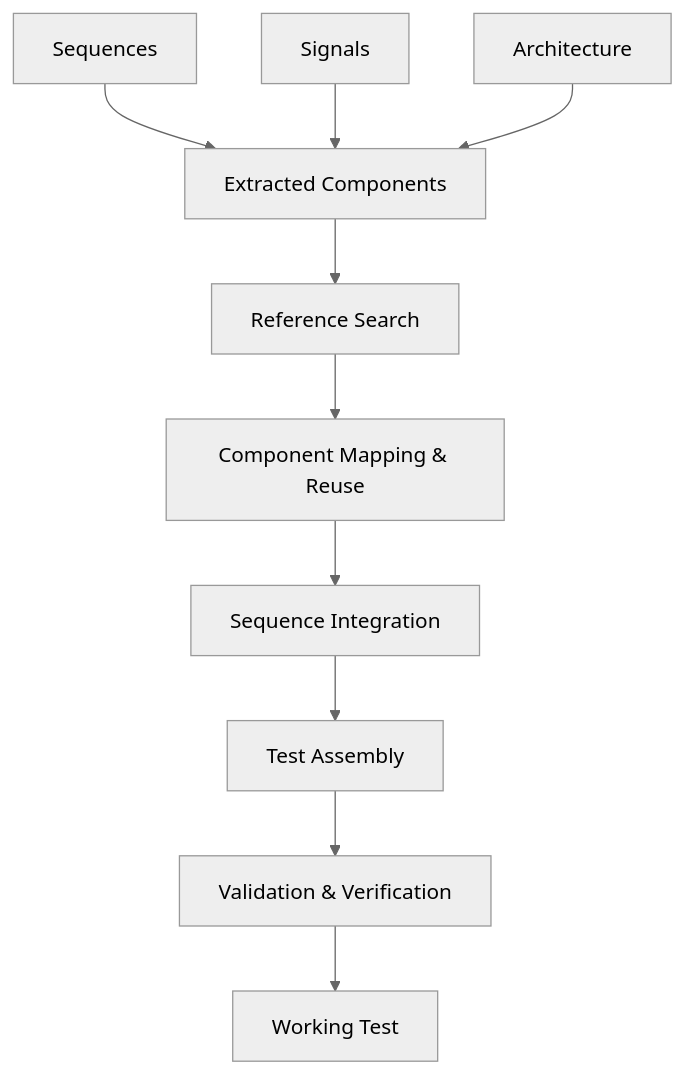
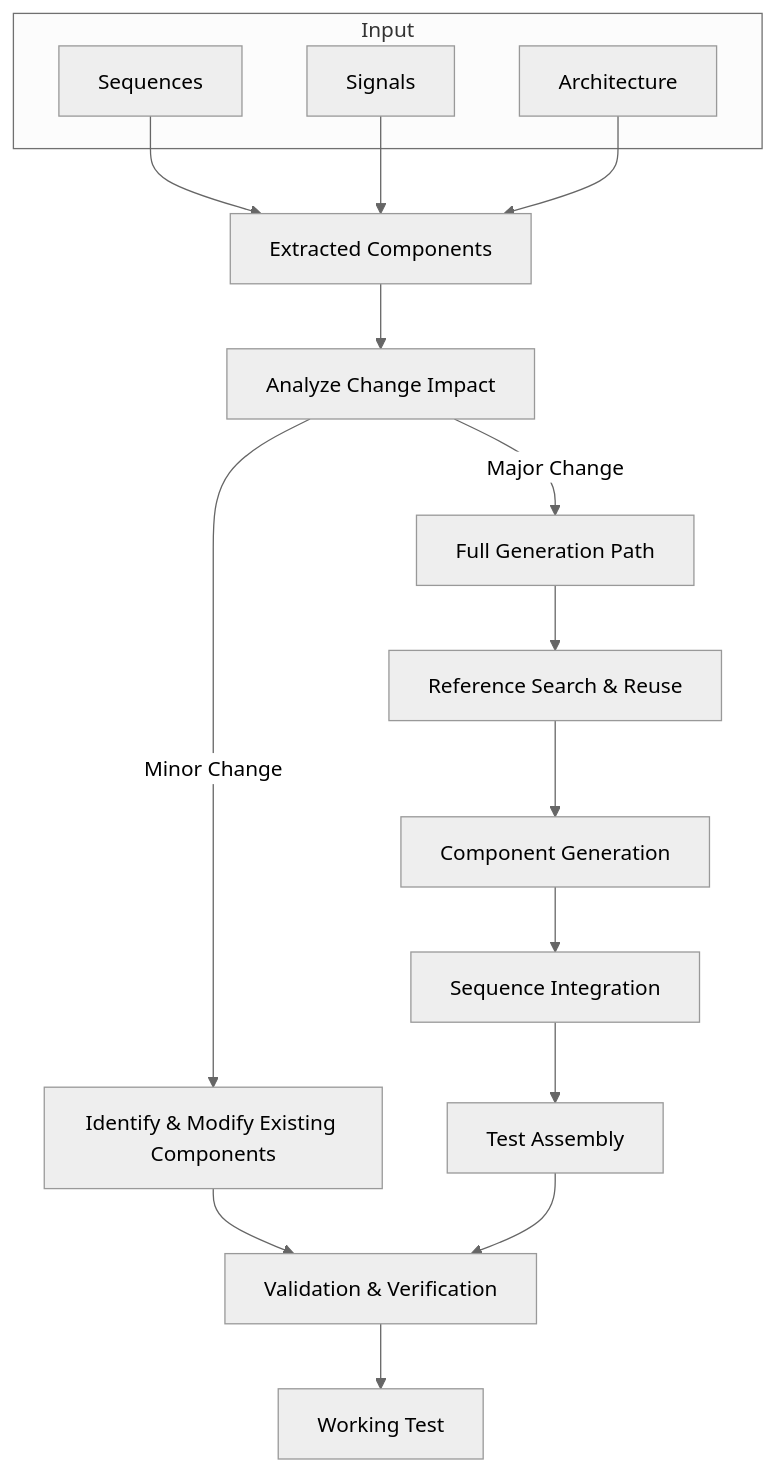
The diagram in uvm-test-generation-agent-docs/02-integration-guide.md (Jormq1999/Intel_Makeathon), drawn with Mermaid (neutral theme) before and after one commit. The commit also changed other lines of this file and 5 other files, not shown here.

Commit message:
minor changes on integration and generation steps to avoid unnecessary files generation

````diff
--- a/uvm-test-generation-agent-docs/02-integration-guide.md
+++ b/uvm-test-generation-agent-docs/02-integration-guide.md
@@ -11,13 +11,25 @@
 ```mermaid
 graph TD
-    A[Extracted Components] --> AA[Reference Search]
-    AA --> B[Component Mapping & Reuse]
-    B --> C[Sequence Integration]
-    C --> D[Test Assembly]
-    D --> E[Validation & Verification]
+    A[Extracted Components] --> B[Analyze Change Impact]
+    B -->|Minor Change| C[Identify & Modify Existing Components]
+    B -->|Major Change| D[Full Generation Path]
+    
+    D --> D1[Reference Search & Reuse]
+    D1 --> D2[Component Generation]
+    D2 --> D3[Sequence Integration]
+    D3 --> D4[Test Assembly]
+    
+    C --> E[Validation & Verification]
+    D4 --> E
     E --> F[Working Test]
     
-    A1[Sequences] --> A
-    A2[Signals] --> A
-    A3[Architecture] --> A
+    subgraph Input
+        A1[Sequences]
+        A2[Signals]
+        A3[Architecture]
+    end
+    
+    A1 --> A
+    A2 --> A
+    A3 --> A
 ```
````
